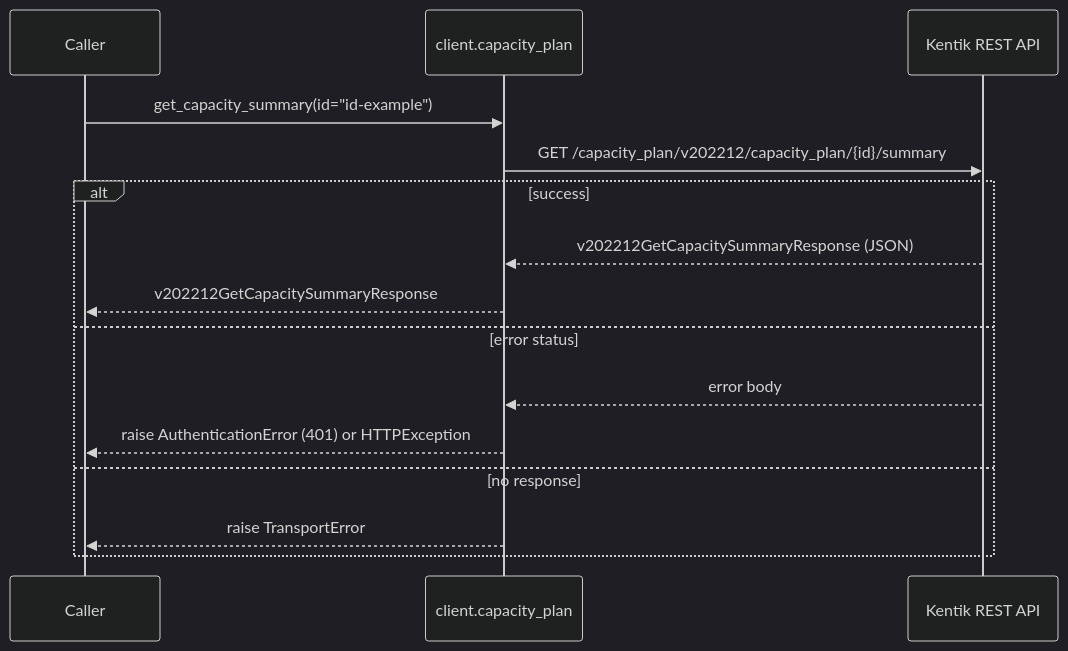
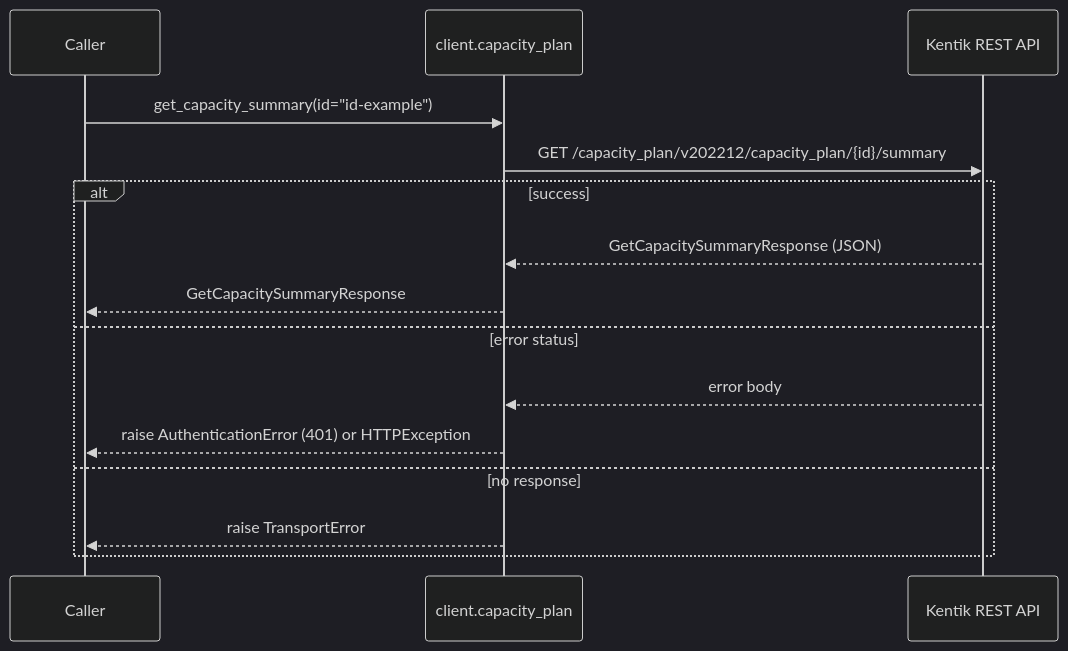
One commit to alexdearaujo/community_sdk_python changed the eighth of 10 diagrams in docs/sphinx/services/capacity_plan.md. Above: the diagram before and after it, drawn with Mermaid (dark theme). The commit also changed other lines of this file and 38 other files, not shown here.

````diff
--- a/docs/sphinx/services/capacity_plan.md
+++ b/docs/sphinx/services/capacity_plan.md
@@ -250,18 +250,18 @@
 ```mermaid
 sequenceDiagram
     participant C as Caller
     participant W as client.capacity_plan
     participant API as Kentik REST API
 
     C->>W: get_capacity_summary(id="id-example")
     W->>API: GET /capacity_plan/v202212/capacity_plan/{id}/summary
     alt success
-        API-->>W: v202212GetCapacitySummaryResponse (JSON)
-        W-->>C: v202212GetCapacitySummaryResponse
+        API-->>W: GetCapacitySummaryResponse (JSON)
+        W-->>C: GetCapacitySummaryResponse
     else error status
         API-->>W: error body
         W-->>C: raise AuthenticationError (401) or HTTPException
     else no response
         W-->>C: raise TransportError
     end
 ```
````
